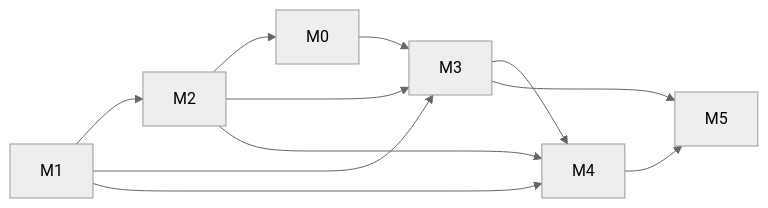
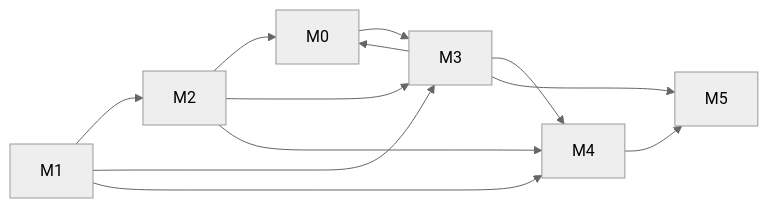
The diagram in docs/baton/DEPENDENCIES.md (MohamedGamil/MapX), drawn with Mermaid (neutral theme) before and after one commit. The commit also changed other lines of this file and 17 other files, not shown here.

````diff
--- a/docs/baton/DEPENDENCIES.md
+++ b/docs/baton/DEPENDENCIES.md
@@ -5,13 +5,14 @@
 ```mermaid
 flowchart LR
   M1 --> M2
+  M3 --> M0
   M2 --> M0
   M0 --> M3
   M1 --> M3
   M2 --> M3
   M1 --> M4
   M2 --> M4
   M3 --> M4
   M3 --> M5
   M4 --> M5
 ```
````
